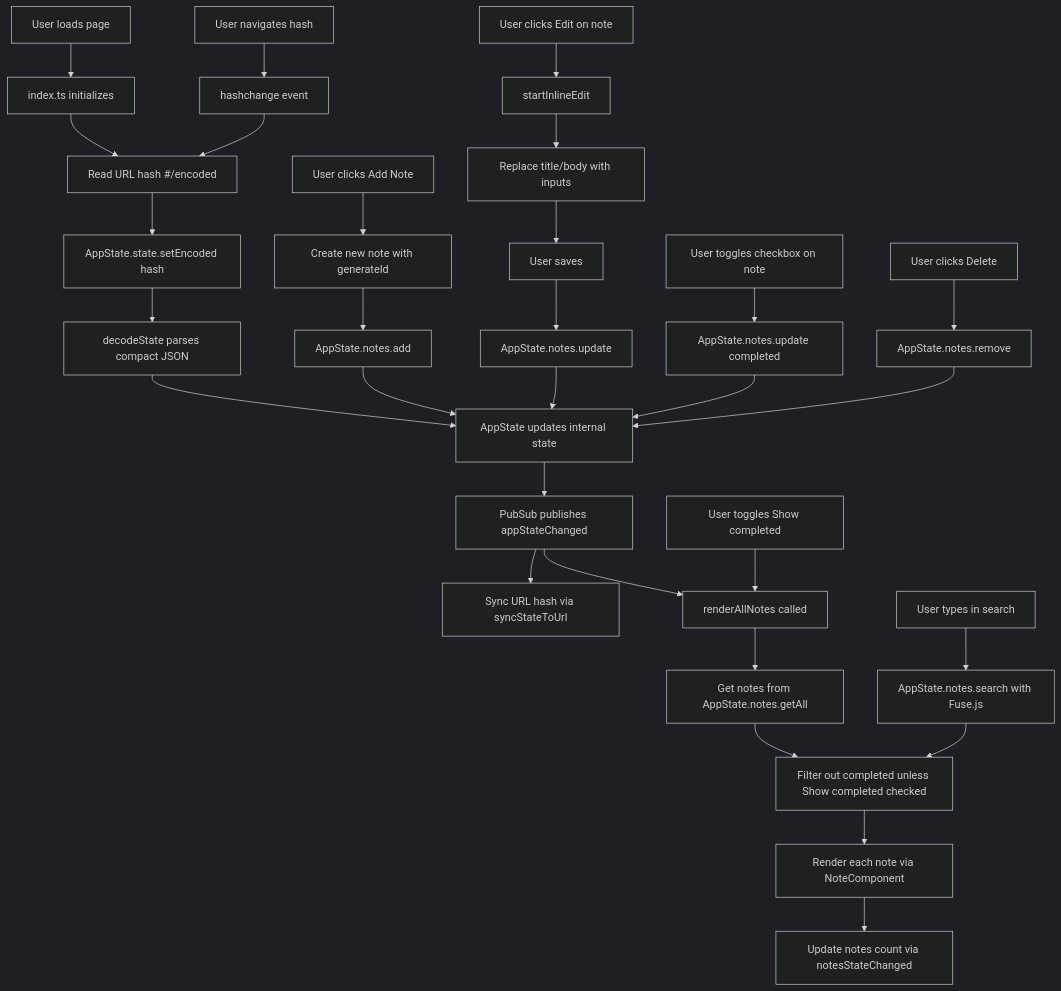
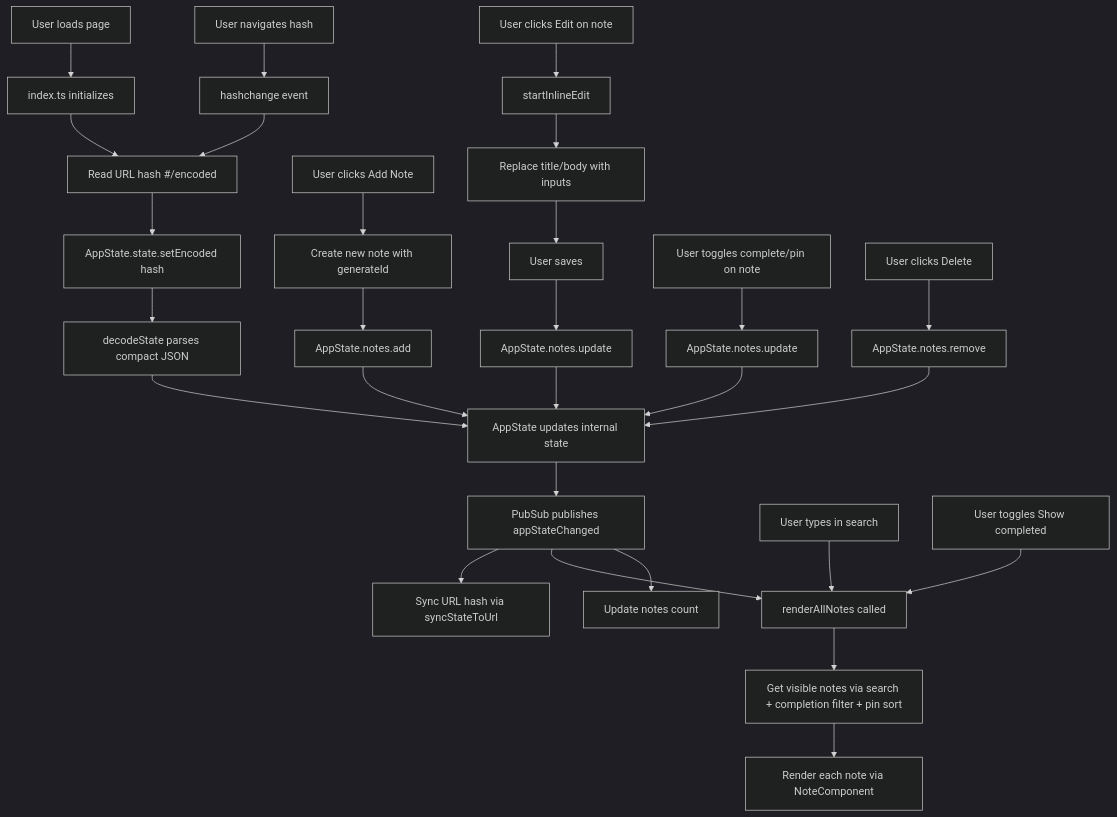
One commit to hiimalexjgarcia/base64-encoded-state-test changed the diagram in README.md. Above: the diagram before and after it, drawn with Mermaid (dark theme). The commit also changed other lines of this file and 7 other files, not shown here.

Commit message:
feat: add pin priority to keep notes on top

````diff
--- a/README.md
+++ b/README.md
@@ -60,39 +61,37 @@
 ```mermaid
 graph TD
     A[User loads page] --> B[index.ts initializes]
     B --> C[Read URL hash #/encoded]
     C --> D[AppState.state.setEncoded hash]
     D --> E[decodeState parses compact JSON]
     E --> F[AppState updates internal state]
     F --> G[PubSub publishes appStateChanged]
     G --> H[Sync URL hash via syncStateToUrl]
     G --> I[renderAllNotes called]
-    I --> J[Get notes from AppState.notes.getAll]
-    J --> K[Filter out completed unless Show completed checked]
-    K --> L[Render each note via NoteComponent]
-    L --> M[Update notes count via notesStateChanged]
-    
+    G --> M[Update notes count]
+    I --> J[Get visible notes via search + completion filter + pin sort]
+    J --> L[Render each note via NoteComponent]
+
     N[User clicks Add Note] --> O[Create new note with generateId]
     O --> P[AppState.notes.add]
     P --> F
-    
+
     Q[User clicks Edit on note] --> R[startInlineEdit]
     R --> S[Replace title/body with inputs]
     S --> T[User saves]
     T --> U[AppState.notes.update]
     U --> F
-    
-    V[User toggles checkbox on note] --> W[AppState.notes.update completed]
+
+    V[User toggles complete/pin on note] --> W[AppState.notes.update]
     W --> F
-    
+
     X[User clicks Delete] --> Y[AppState.notes.remove]
     Y --> F
-    
-    Z[User types in search] --> AA[AppState.notes.search with Fuse.js]
-    AA --> K
-    
+
+    Z[User types in search] --> I
+
     AB[User toggles Show completed] --> I
-    
+
     AC[User navigates hash] --> AD[hashchange event]
     AD --> C
 ```
````
